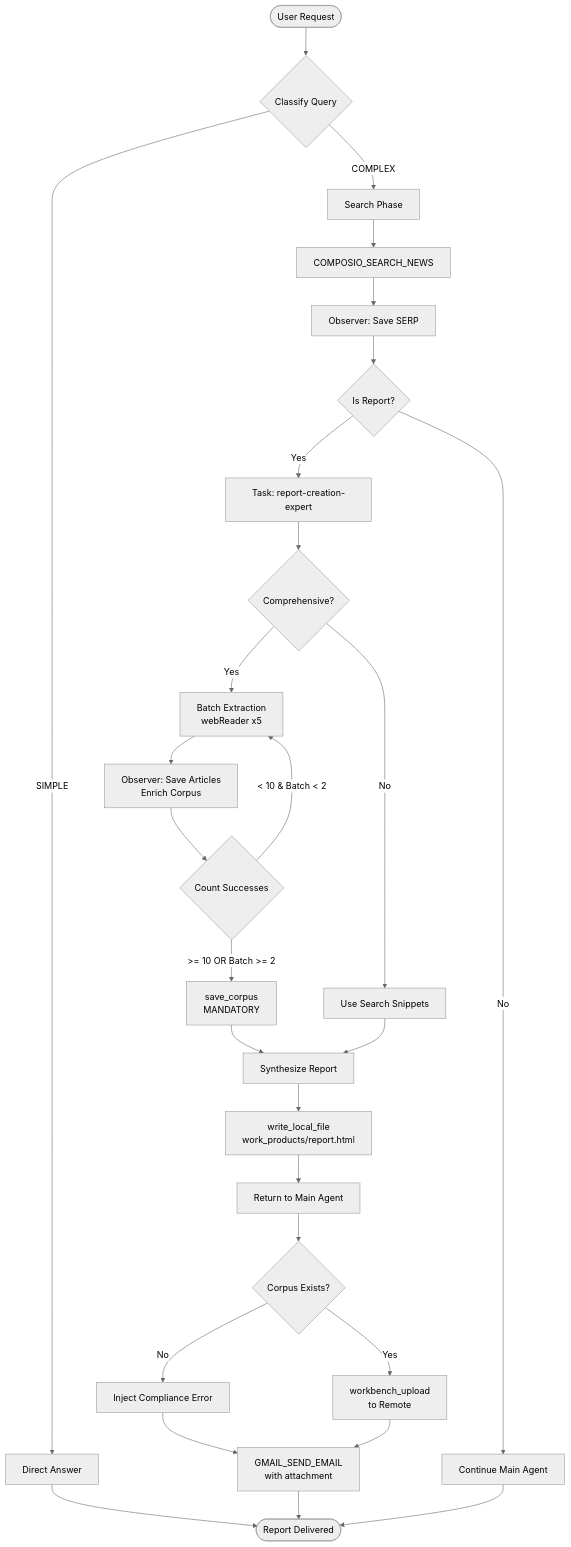
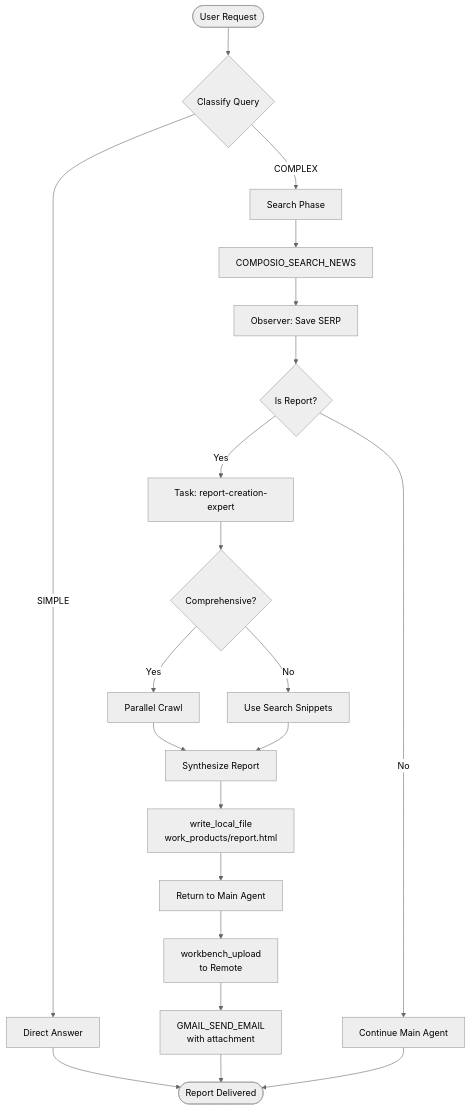
The fifth of 5 diagrams in Project_Documentation/Architecture/06_research_report_workflow.md (Kjdragan/universal_agent), drawn with Mermaid (neutral theme) before and after one commit. The commit also changed other lines of this file and 15 other files, not shown here.

Commit message:
feat: implement SubagentStop hook, toolkit banning, and sub-agent tool inheritance while removing Z.AI webReader.

````diff
--- a/Project_Documentation/Architecture/06_research_report_workflow.md
+++ b/Project_Documentation/Architecture/06_research_report_workflow.md
@@ -828,40 +673,33 @@
 ```mermaid
 flowchart TD
     Start([User Request]) --> Classify{Classify Query}
     Classify -->|SIMPLE| FastPath[Direct Answer]
     Classify -->|COMPLEX| Search[Search Phase]
 
     Search --> SERP[COMPOSIO_SEARCH_NEWS]
     SERP --> Observer1[Observer: Save SERP]
     Observer1 --> Delegate{Is Report?}
 
     Delegate -->|Yes| SubAgent[Task: report-creation-expert]
     Delegate -->|No| Continue[Continue Main Agent]
 
     SubAgent --> CheckType{Comprehensive?}
-    CheckType -->|Yes| Extract[Batch Extraction<br/>webReader x5]
+    CheckType -->|Yes| Extract[Parallel Crawl]
     CheckType -->|No| Direct[Use Search Snippets]
 
-    Extract --> Observer2[Observer: Save Articles<br/>Enrich Corpus]
-    Observer2 --> Count{Count Successes}
+    Extract --> Synthesize[Synthesize Report]
+    Direct --> Synthesize
 
-    Count -->|< 10 & Batch < 2| Extract
-    Count -->|>= 10 OR Batch >= 2| SaveCorpus[save_corpus<br/>MANDATORY]
-
-    Direct --> Synthesize[Synthesize Report]
-    SaveCorpus --> Synthesize
 
     Synthesize --> WriteReport[write_local_file<br/>work_products/report.html]
     WriteReport --> ReturnReport[Return to Main Agent]
 
-    ReturnReport --> Verify{Corpus Exists?}
-    Verify -->|No| Error[Inject Compliance Error]
-    Verify -->|Yes| Upload[workbench_upload<br/>to Remote]
+    ReturnReport --> Upload[workbench_upload<br/>to Remote]
 
     Upload --> Email[GMAIL_SEND_EMAIL<br/>with attachment]
-    Error --> Email
+
     Email --> End([Report Delivered])
 
     FastPath --> End
     Continue --> End
 ```
````
